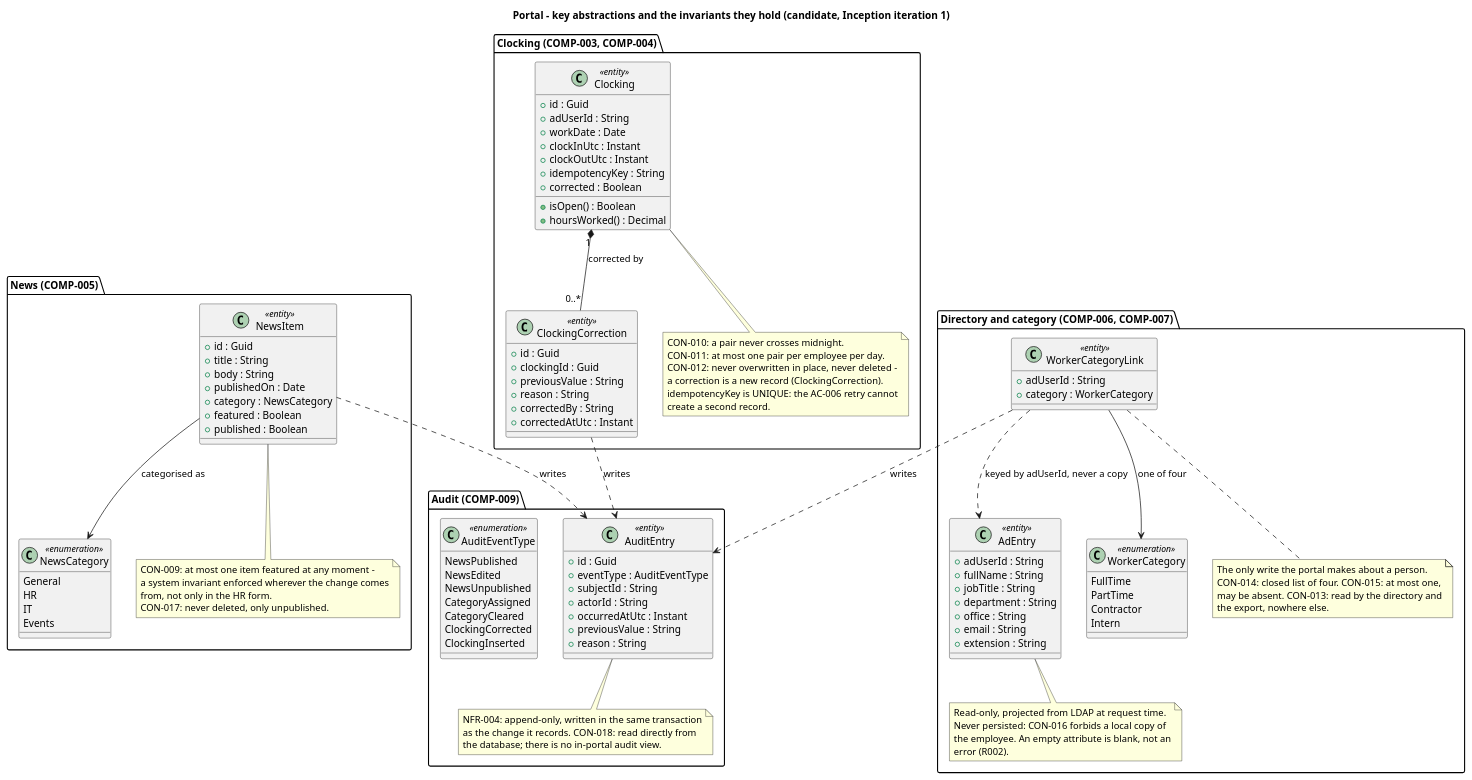
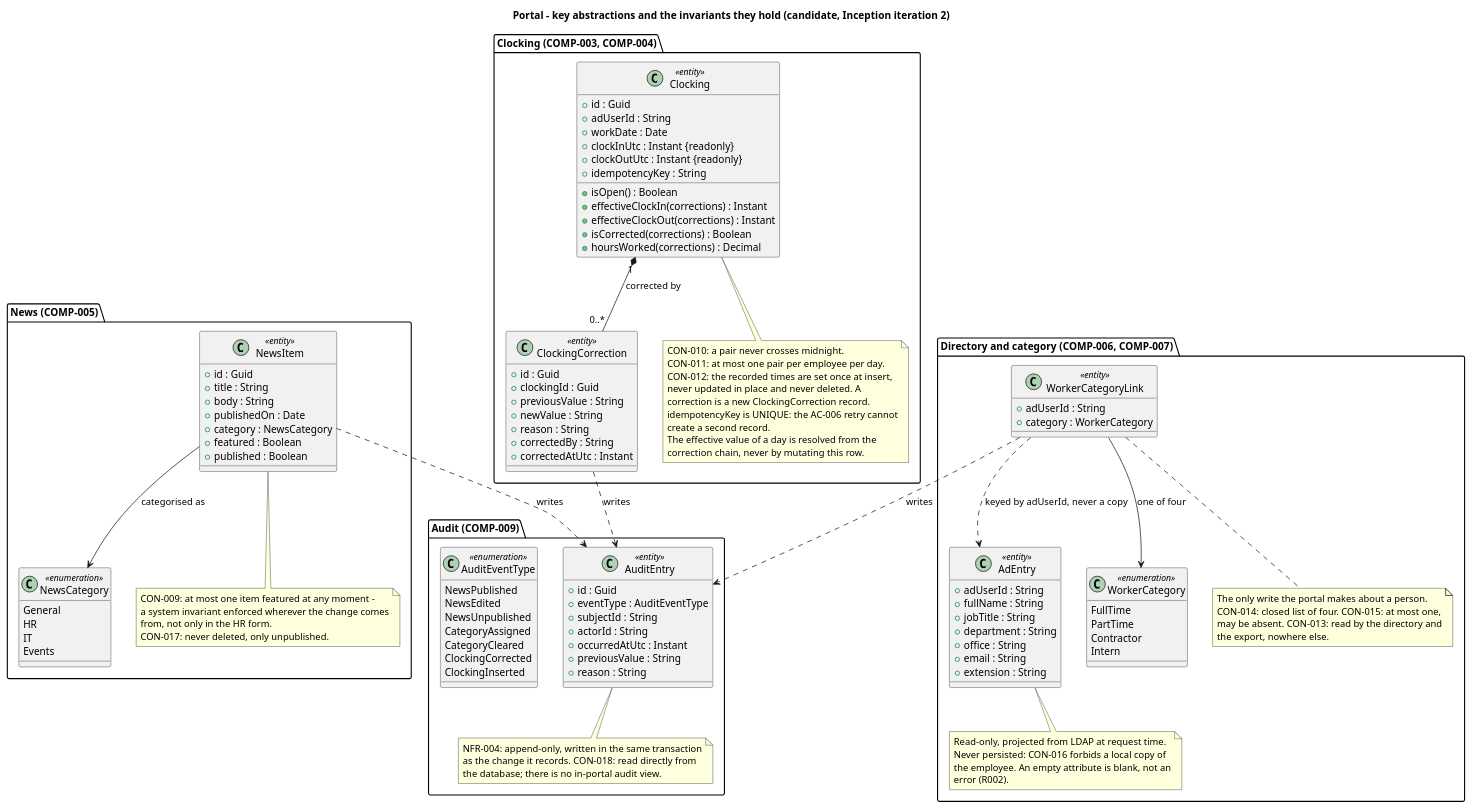
One commit to banense-test/portal changed the sixth of 8 diagrams in docs/artifacts/analysis---design/software-architecture-document.md. Above: the diagram before and after it, drawn with PlantUML. The commit also changed other lines of this file, not shown here.

Commit message:
Software Architect [I2]: upsert Software Architecture Document
[skip ci]

````diff
--- a/docs/artifacts/analysis---design/software-architecture-document.md
+++ b/docs/artifacts/analysis---design/software-architecture-document.md
@@ -550,23 +551,26 @@
 ```plantuml
 @startuml Portal_Class
-title Portal - key abstractions and the invariants they hold (candidate, Inception iteration 1)
+title Portal - key abstractions and the invariants they hold (candidate, Inception iteration 2)
 
 package "Clocking (COMP-003, COMP-004)" {
   class "Clocking" as CLK <<entity>> {
     + id : Guid
     + adUserId : String
     + workDate : Date
-    + clockInUtc : Instant
-    + clockOutUtc : Instant
+    + clockInUtc : Instant {readonly}
+    + clockOutUtc : Instant {readonly}
     + idempotencyKey : String
-    + corrected : Boolean
     + isOpen() : Boolean
-    + hoursWorked() : Decimal
+    + effectiveClockIn(corrections) : Instant
+    + effectiveClockOut(corrections) : Instant
+    + isCorrected(corrections) : Boolean
+    + hoursWorked(corrections) : Decimal
   }
   class "ClockingCorrection" as CORR <<entity>> {
     + id : Guid
     + clockingId : Guid
     + previousValue : String
+    + newValue : String
     + reason : String
     + correctedBy : String
     + correctedAtUtc : Instant
@@ -574,10 +578,13 @@
   note bottom of CLK
     CON-010: a pair never crosses midnight.
     CON-011: at most one pair per employee per day.
-    CON-012: never overwritten in place, never deleted -
-    a correction is a new record (ClockingCorrection).
+    CON-012: the recorded times are set once at insert,
+    never updated in place and never deleted. A
+    correction is a new ClockingCorrection record.
     idempotencyKey is UNIQUE: the AC-006 retry cannot
     create a second record.
+    The effective value of a day is resolved from the
+    correction chain, never by mutating this row.
   end note
 }
 
````
